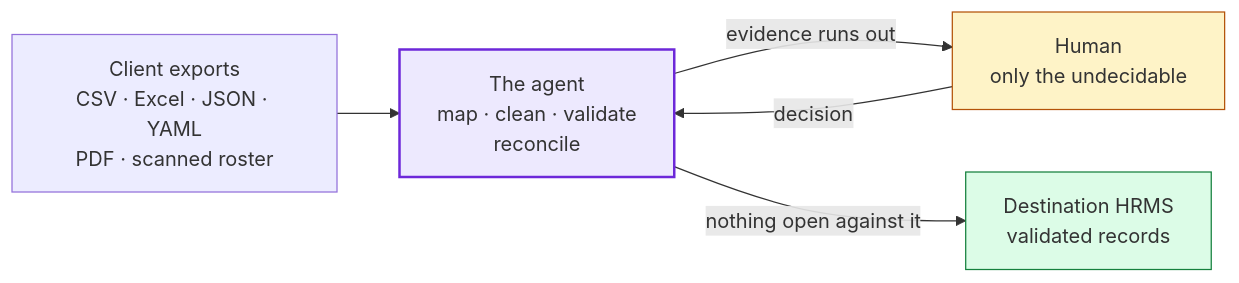
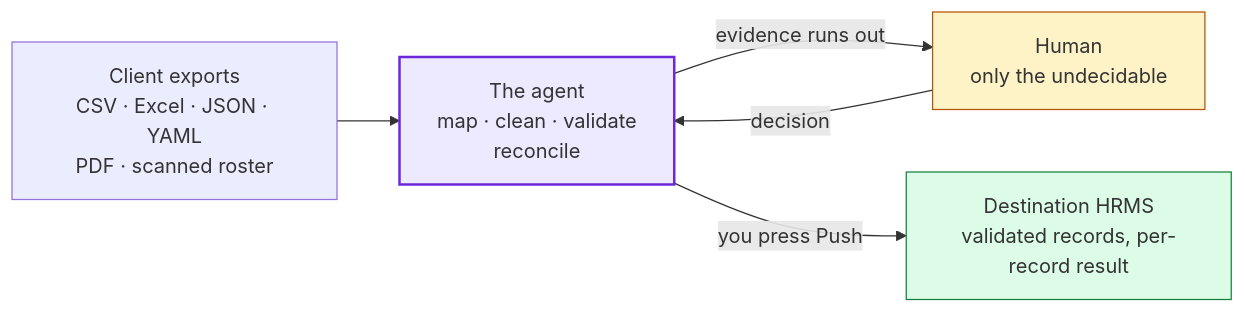
One commit to himacharan128/darwinbox-data-bridge changed the first of 4 diagrams in README.md. Above: the diagram before and after it, drawn with Mermaid. The commit also changed other lines of this file and 43 other files, not shown here.

````diff
--- a/README.md
+++ b/README.md
@@ -22,16 +22,16 @@
 ```mermaid
 flowchart LR
     F["Client exports<br/>CSV · Excel · JSON · YAML<br/>PDF · scanned roster"]
     A["The agent<br/>map · clean · validate<br/>reconcile"]
     H["Human<br/>only the undecidable"]
-    D["Destination HRMS<br/>validated records"]
+    D["Destination HRMS<br/>validated records, per-record result"]
 
     F --> A
     A -->|"evidence runs out"| H
     H -->|"decision"| A
-    A -->|"nothing open against it"| D
+    A -->|"you press Push"| D
 
     style A fill:#ede9fe,stroke:#6d28d9,stroke-width:2px
     style H fill:#fef3c7,stroke:#b45309
     style D fill:#dcfce7,stroke:#15803d
 ```
````
